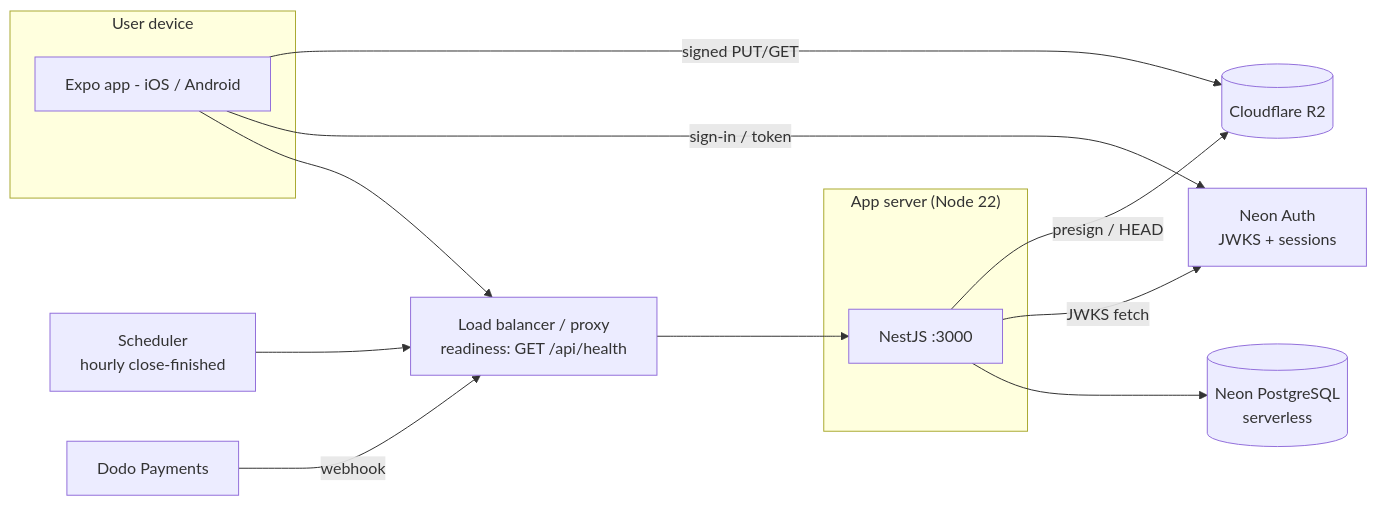
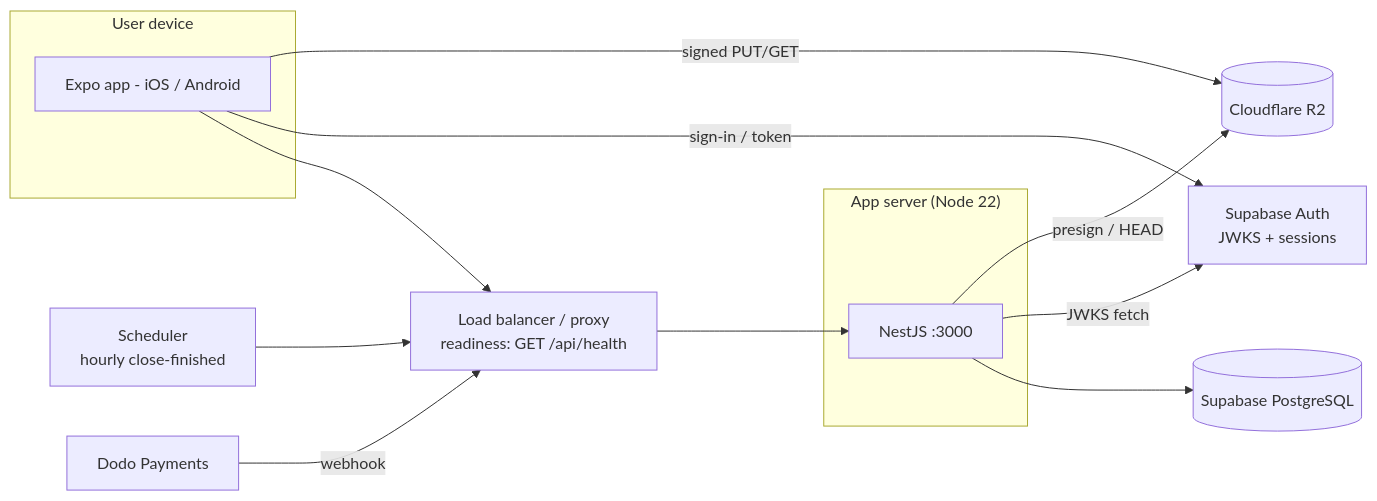
Before and after one commit to SinghAman21/nabhya: diagram 15 of 15 in final-year-report.md, drawn with Mermaid. The commit also changed other lines of this file and 77 other files, not shown here.

````diff
--- a/final-year-report.md
+++ b/final-year-report.md
@@ -1058,24 +1056,24 @@
 ```mermaid
 flowchart LR
     subgraph Device["User device"]
         APP[Expo app - iOS / Android]
     end
     LB[Load balancer / proxy<br/>readiness: GET /api/health]
     subgraph Compute["App server (Node 22)"]
         NEST[NestJS :3000]
     end
     CRON[Scheduler<br/>hourly close-finished]
-    NEON[(Neon PostgreSQL<br/>serverless)]
-    NAUTH[Neon Auth<br/>JWKS + sessions]
+    NEON[(Supabase PostgreSQL)]
+    NAUTH[Supabase Auth<br/>JWKS + sessions]
     R2[(Cloudflare R2)]
     DODO[Dodo Payments]
 
     APP --> LB --> NEST
     APP -- sign-in / token --> NAUTH
     APP -- signed PUT/GET --> R2
     NEST --> NEON
     NEST -- JWKS fetch --> NAUTH
     NEST -- presign / HEAD --> R2
     DODO -- webhook --> LB
     CRON --> LB
 ```
````
